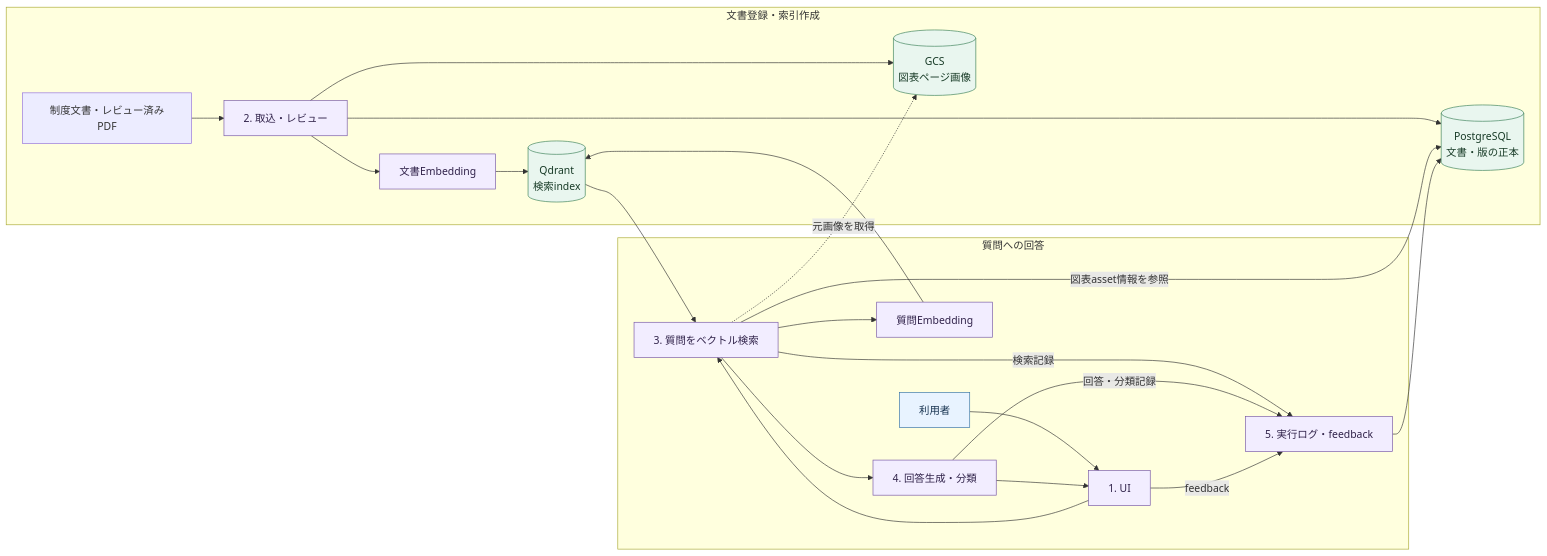
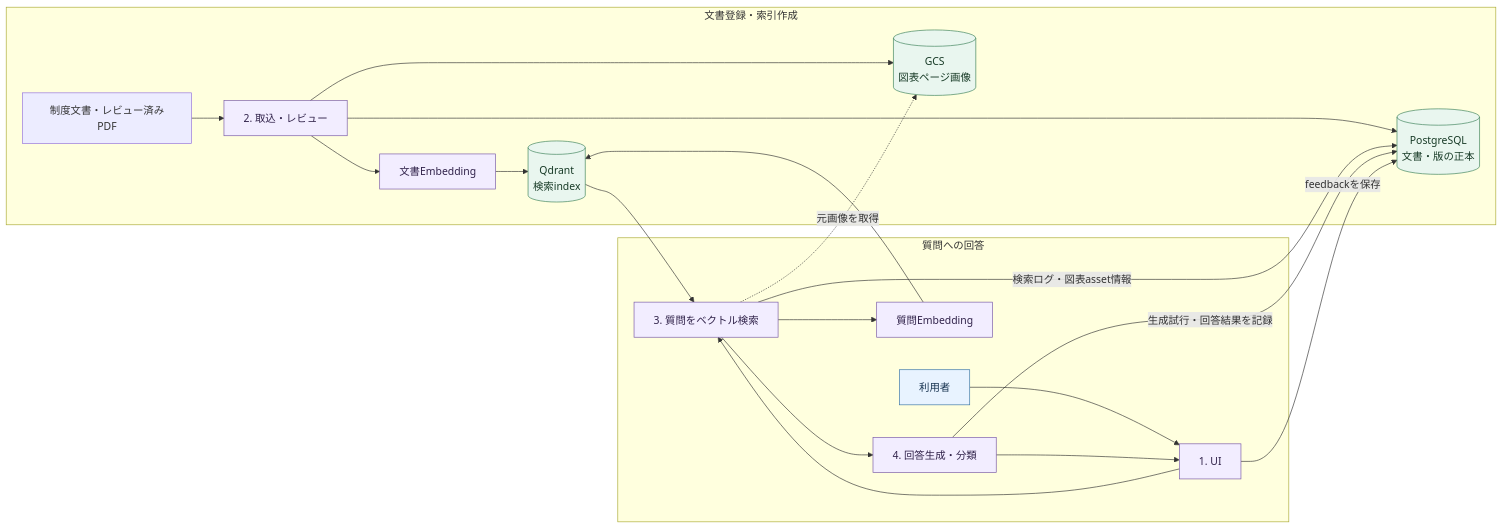
The diagram in README.md (toko1970/municipal-rag-assistant), drawn with Mermaid before and after one commit. The commit also changed other lines of this file and 68 other files, not shown here.

````diff
--- a/README.md
+++ b/README.md
@@ -11,33 +11,31 @@
 ```mermaid
 flowchart LR
     subgraph ING[文書登録・索引作成]
         DOC[制度文書・レビュー済みPDF] --> INGEST[2. 取込・レビュー]
         INGEST --> PG[(PostgreSQL<br/>文書・版の正本)]
         INGEST --> DOC_EMB[文書Embedding]
         DOC_EMB --> QD[(Qdrant<br/>検索index)]
         INGEST --> GCS[(GCS<br/>図表ページ画像)]
     end
 
     subgraph QA[質問への回答]
         U[利用者] --> UI[1. UI]
         UI --> SEARCH[3. 質問をベクトル検索]
         SEARCH --> QUERY_EMB[質問Embedding]
         QUERY_EMB --> QD
         QD --> SEARCH
         SEARCH --> GEN[4. 回答生成・分類]
         GEN --> UI
-        SEARCH -->|図表asset情報を参照| PG
-        SEARCH -->|検索記録| LOG
-        GEN -->|回答・分類記録| LOG
-        UI -->|feedback| LOG
-        LOG[5. 実行ログ・feedback] --> PG
+        SEARCH -->|検索ログ・図表asset情報| PG
+        GEN -->|生成試行・回答結果を記録| PG
+        UI -->|feedbackを保存| PG
         SEARCH -. 元画像を取得 .-> GCS
     end
 
     classDef user fill:#e8f3ff,stroke:#3572a5,color:#16324f
     classDef process fill:#f2edff,stroke:#7656a5,color:#30224a
     classDef store fill:#e9f6ef,stroke:#3b8058,color:#183b27
     class U user
-    class UI,INGEST,DOC_EMB,SEARCH,QUERY_EMB,GEN,LOG process
+    class UI,INGEST,DOC_EMB,SEARCH,QUERY_EMB,GEN process
     class PG,QD,GCS store
 ```
````
